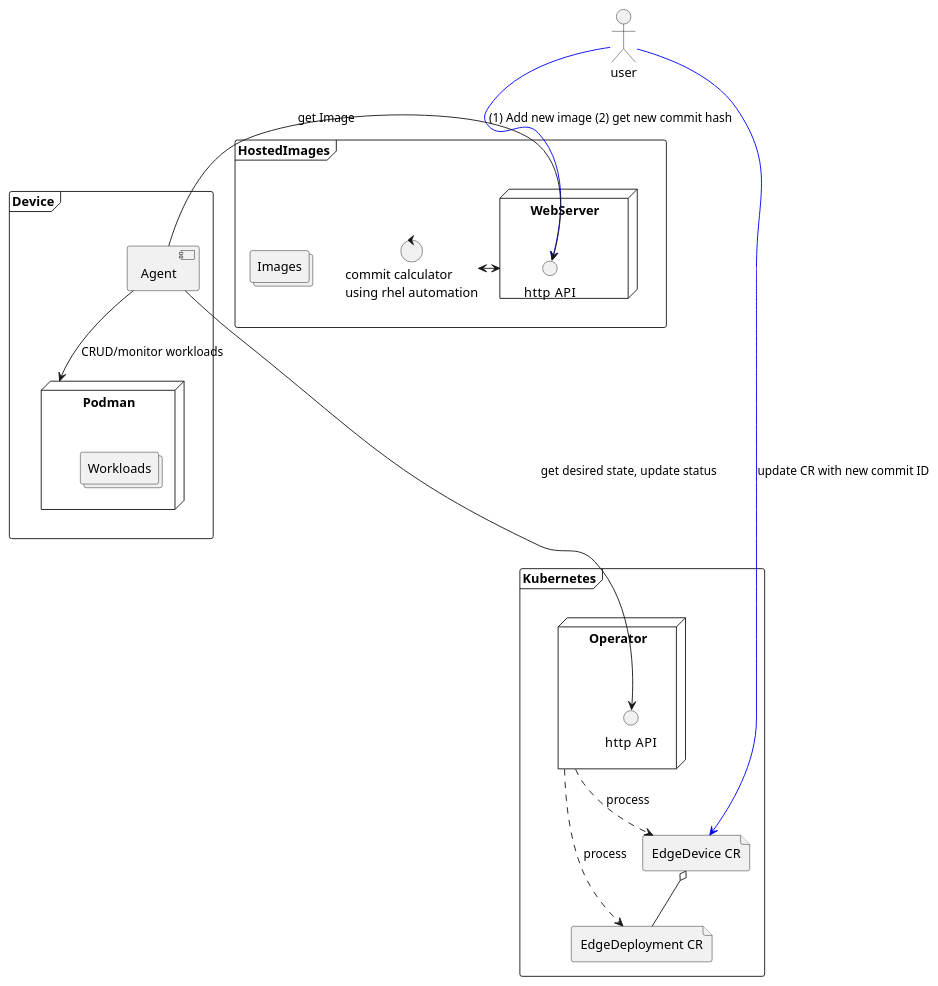
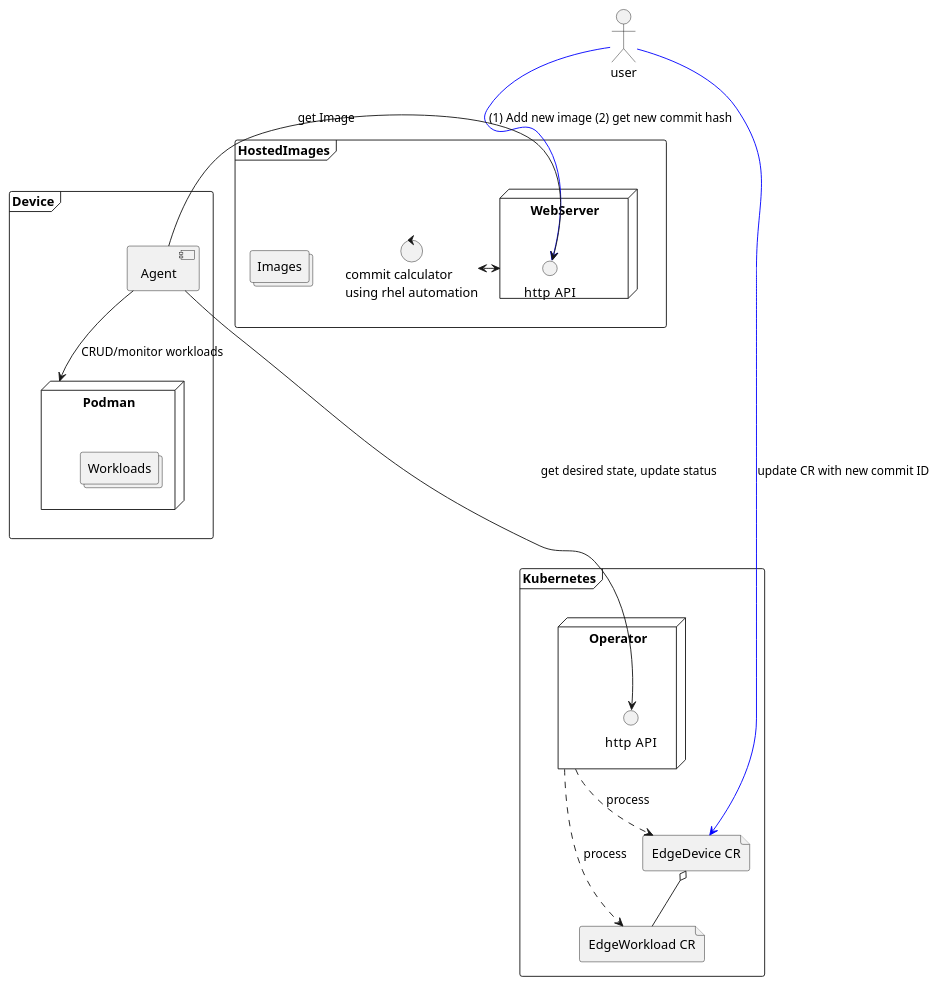
The diagram in docs/osLifecycle.puml (project-flotta/flotta-operator), drawn with PlantUML before and after one commit. The commit also changed 49 other files, not shown here.

First line of the commit message:
Rename edgeDeployment to edgeWorkload

```diff
--- a/docs/osLifecycle.puml
+++ b/docs/osLifecycle.puml
@@ -1,44 +1,44 @@
 @startuml
 'https://plantuml.com/deployment-diagram
 actor user
 
 frame Kubernetes {
 
     node Operator {
       interface "http  API" as operatorAPI
     }
 
-    file "EdgeDeployment CR" as deployment
+    file "EdgeWorkload CR" as workload
     file "EdgeDevice CR" as deviceCR
 }
 
 frame Device {
     component Agent
     node Podman{
       collections Workloads
     }
 }
 
 frame HostedImages {
     node WebServer{
       interface "http  API" as imageUrl
     }
 
     control "commit calculator \nusing rhel automation" as CommitsCalc
     collections Images
 }
 
 
-deviceCR o-- deployment
+deviceCR o-- workload
 
-Operator -[dashed]-> deployment: process
+Operator -[dashed]-> workload: process
 Operator -[dashed]-> deviceCR: process
 
 user -[#blue]-> imageUrl : (1) Add new image (2) get new commit hash
 Agent ---> operatorAPI: get desired state, update status
 Agent --> Podman : CRUD/monitor workloads
 Agent -> imageUrl : get Image
 WebServer <-> CommitsCalc
 
 user -[#blue]-> deviceCR : update CR with new commit ID
 @enduml
```
